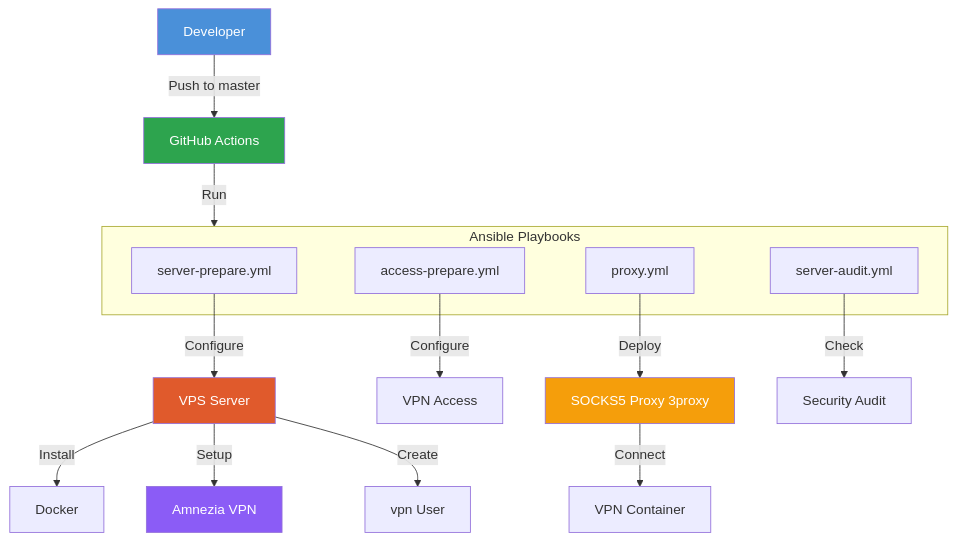
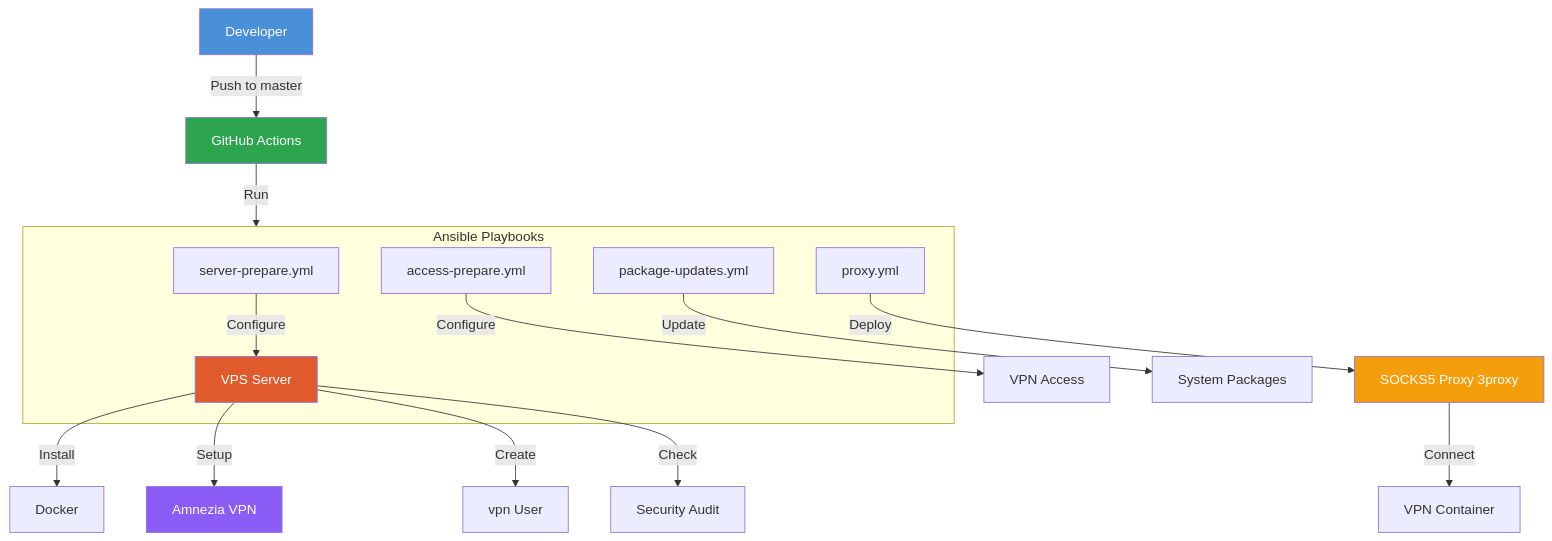
The diagram in README.md (pgalonza/vpn-deploy), drawn with Mermaid before and after one commit. The commit also changed other lines of this file and 1 other file, not shown here.

Commit message:
feature: add update package playbook

````diff
--- a/README.md
+++ b/README.md
@@ -25,30 +25,33 @@
 ```mermaid
 flowchart TD
     A[Developer] -->|Push to master| B[GitHub Actions]
     B -->|Run| C[Ansible Playbooks]
 
     subgraph C [Ansible Playbooks]
         D[server-prepare.yml]
         E[access-prepare.yml]
         F[proxy.yml]
-        G[server-audit.yml]
+        G[package-updates.yml]
+        H[server-audit.yml]
     end
 
     D -->|Configure| H[VPS Server]
     H -->|Install| I[Docker]
     H -->|Setup| J[Amnezia VPN]
     H -->|Create| K[vpn User]
 
     E -->|Configure| L[VPN Access]
 
     F -->|Deploy| M[SOCKS5 Proxy 3proxy]
     M -->|Connect| N[VPN Container]
 
-    G -->|Check| O[Security Audit]
+    G -->|Update| O[System Packages]
+
+    H -->|Check| P[Security Audit]
 
     style A fill:#4a90d9,color:#fff
     style B fill:#2da44e,color:#fff
     style H fill:#e05a2c,color:#fff
     style J fill:#8b5cf6,color:#fff
     style M fill:#f59e0b,color:#fff
 ```
````
